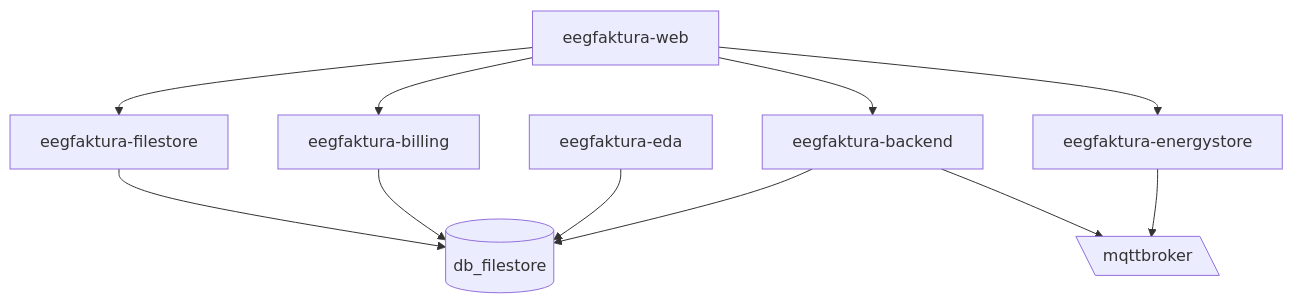
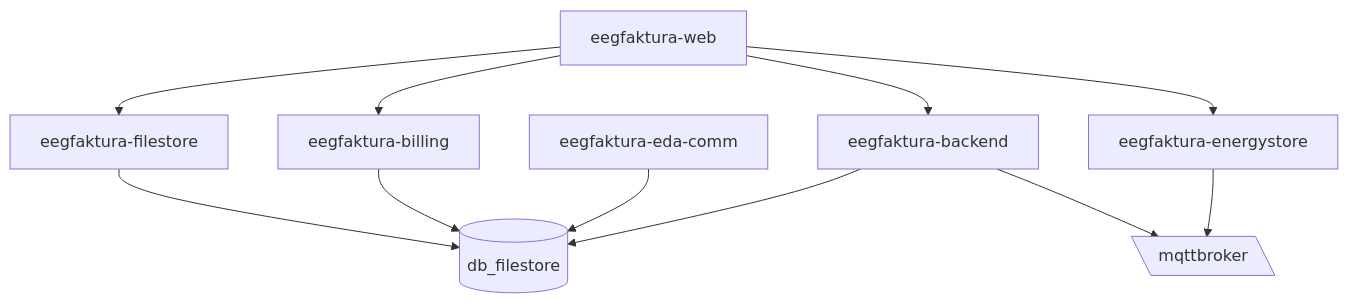
One commit to eegfaktura/.github changed the diagram in profile/README.md. Above: the diagram before and after it, drawn with Mermaid.

Commit message:
Update README.md
fixed repo name and add link for eda

````diff
--- a/profile/README.md
+++ b/profile/README.md
@@ -6,23 +6,24 @@
 ```mermaid
 flowchart TD
     web[eegfaktura-web]
     web --> backend[eegfaktura-backend]
     web --> energystore[eegfaktura-energystore]
     web --> filestore[eegfaktura-filestore]
     web --> billing[eegfaktura-billing]
 
     filestore --> db[(db_filestore)]
 
     billing --> db
 
-    eda[eegfaktura-eda] --> db
+    eda[eegfaktura-eda-comm] --> db
 
     backend --> db
     backend --> mqtt@{ shape: lean-l, label: "mqttbroker" }
 
     energystore --> mqtt
 
     click web "https://github.com/eegfaktura/eegfaktura-web" "Open eegfaktura-web repo"
     click backend "https://github.com/eegfaktura/eegfaktura-backend" "Open eegfaktura-backend repo"
     click filestore "https://github.com/eegfaktura/eegfaktura-filestore" "Open eegfaktura-filestore repo"
+    click eda "https://github.com/eegfaktura/eegfaktura-eda-comm" "Open eegfaktura-eda-comm"
 ```
````
